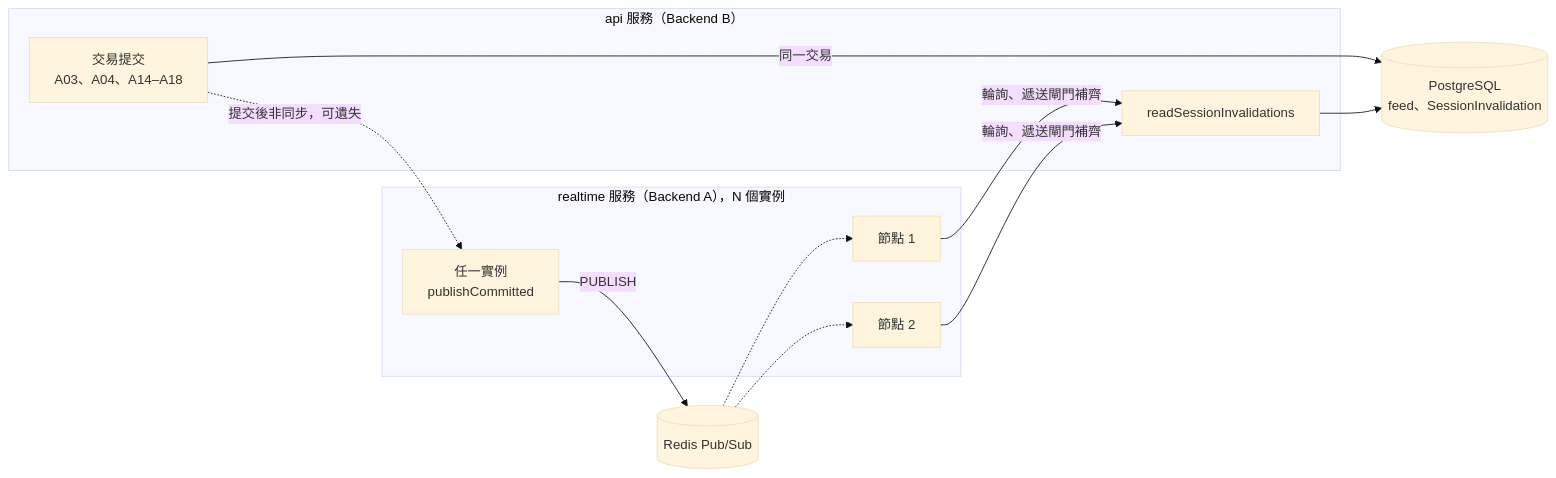
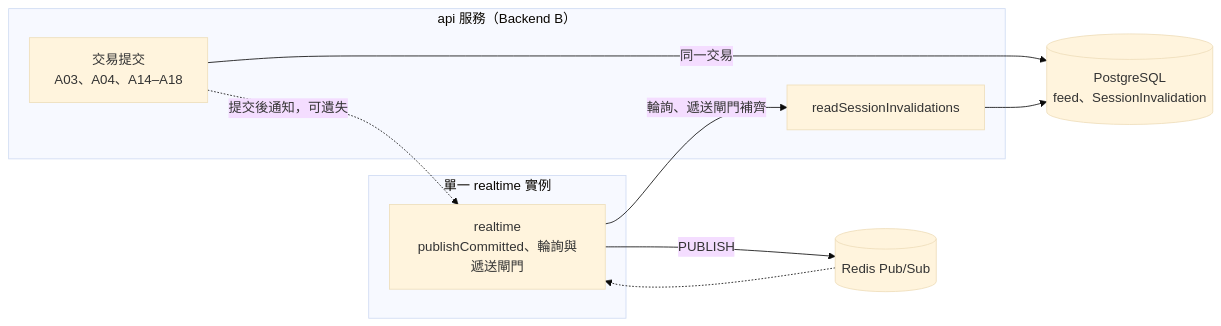
The seventh of 9 diagrams in docs/architecture/README.md (LeoCheng-space/Hine), drawn with Mermaid (base theme) before and after one commit. The commit also changed other lines of this file and 24 other files, not shown here.

````diff
--- a/docs/architecture/README.md
+++ b/docs/architecture/README.md
@@ -308,22 +284,18 @@
 ```mermaid
 flowchart LR
   subgraph apiSvc["api 服務（Backend B）"]
     tx["交易提交<br/>A03、A04、A14–A18"]
     rsi["readSessionInvalidations"]
   end
   db[("PostgreSQL<br/>feed、SessionInvalidation")]
-  subgraph rtSvc["realtime 服務（Backend A），N 個實例"]
-    any["任一實例<br/>publishCommitted"]
-    n1["節點 1"]
-    n2["節點 2"]
+  subgraph rtSvc["單一 realtime 實例"]
+    rt["realtime<br/>publishCommitted、輪詢與遞送閘門"]
   end
   redis[("Redis Pub/Sub")]
   tx -->|"同一交易"| db
-  tx -.->|"提交後非同步，可遺失"| any
-  any -->|"PUBLISH"| redis
-  redis -.-> n1
-  redis -.-> n2
-  n1 -->|"輪詢、遞送閘門補齊"| rsi
-  n2 -->|"輪詢、遞送閘門補齊"| rsi
+  tx -.->|"提交後通知，可遺失"| rt
+  rt -->|"PUBLISH"| redis
+  redis -.-> rt
+  rt -->|"輪詢、遞送閘門補齊"| rsi
   rsi --> db
 ```
````
